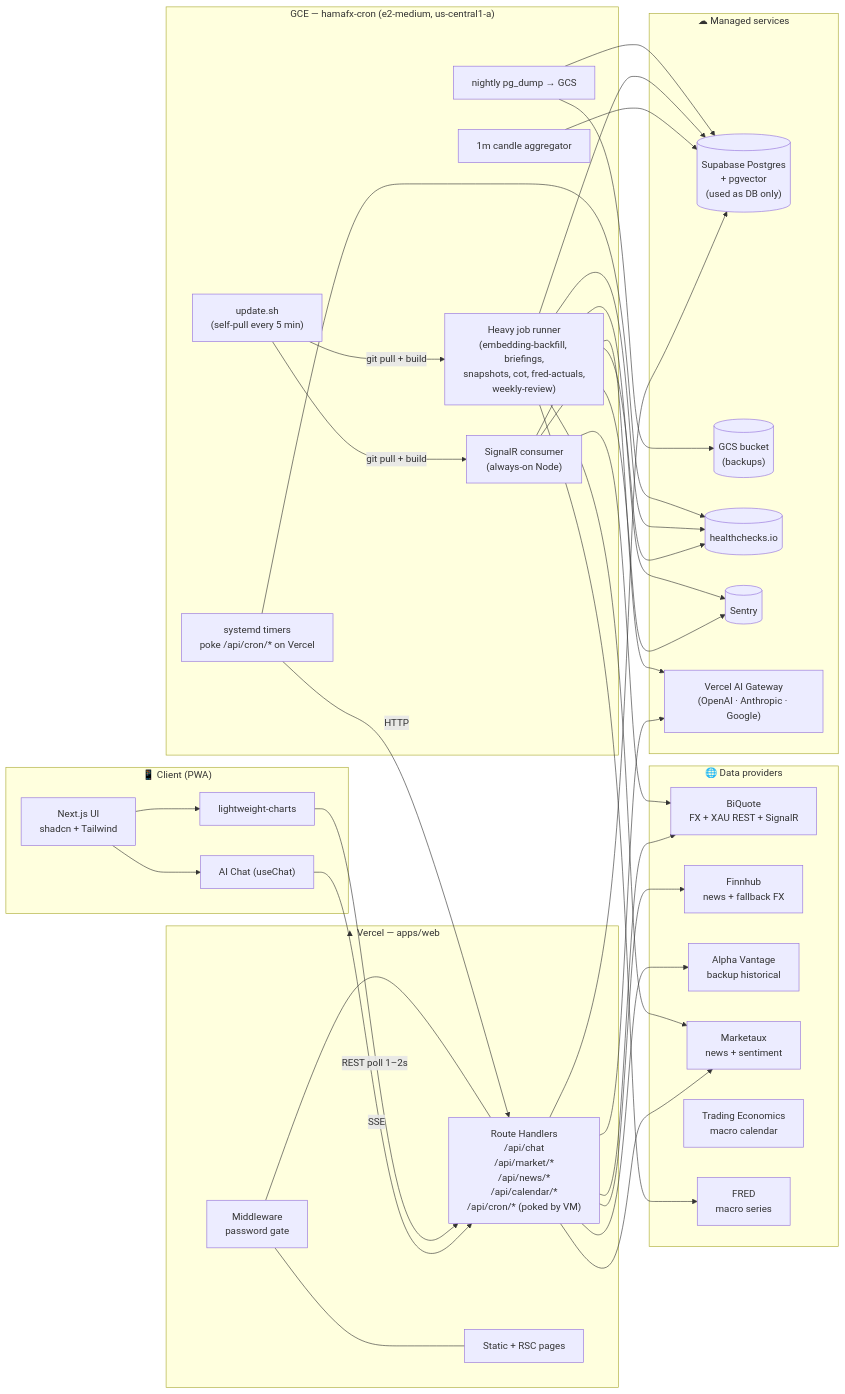
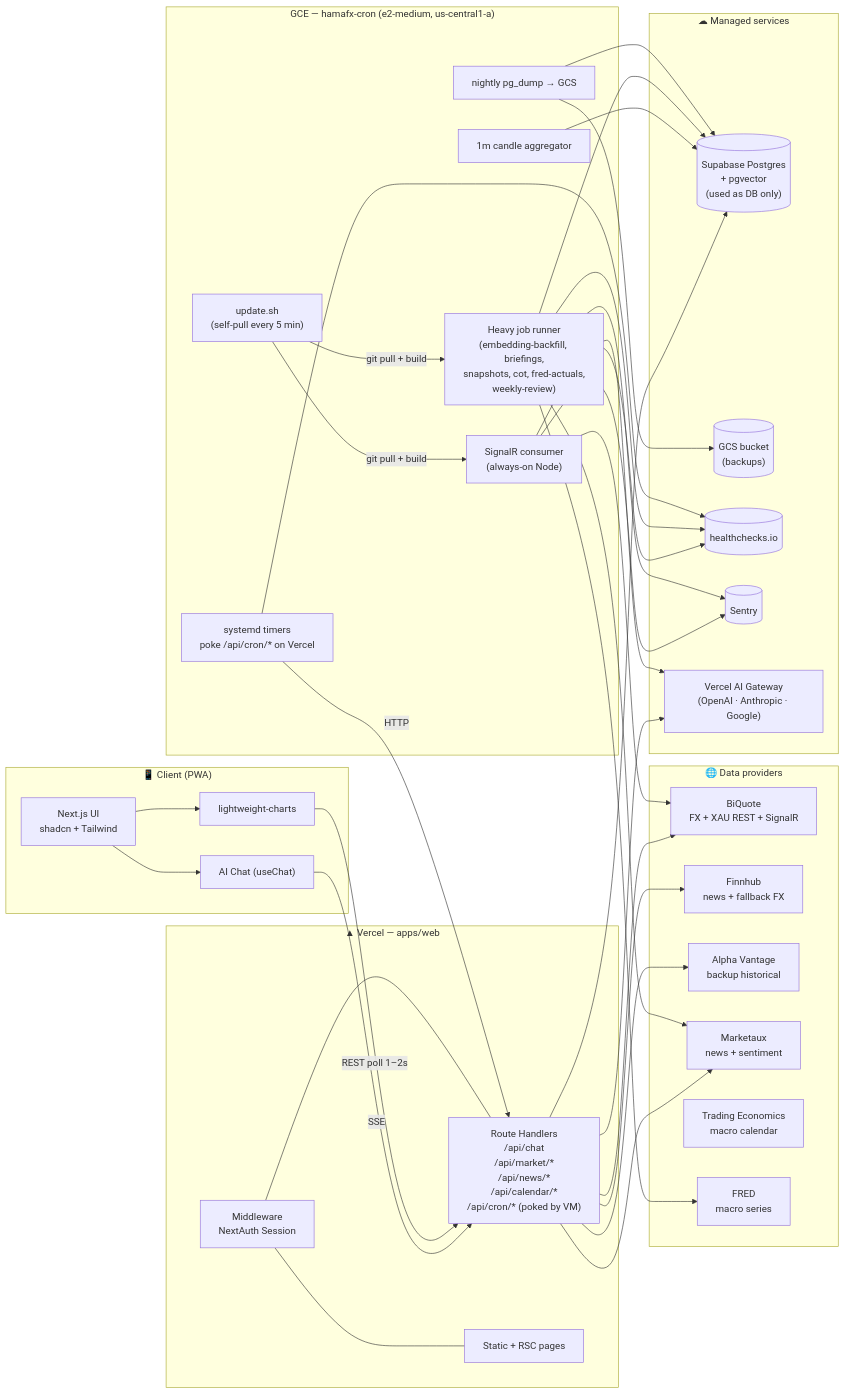
Before and after one commit to HamaFx/Kestrel: the first of 5 diagrams in docs/01-architecture.md, drawn with Mermaid. The commit also changed other lines of this file and 632 other files, not shown here.

````diff
--- a/docs/01-architecture.md
+++ b/docs/01-architecture.md
@@ -22,72 +22,72 @@
 ```mermaid
 flowchart LR
     subgraph Client["📱 Client (PWA)"]
         UI["Next.js UI<br/>shadcn + Tailwind"]
         Chart["lightweight-charts"]
         Chat["AI Chat (useChat)"]
     end
 
     subgraph Vercel["▲ Vercel — apps/web"]
         RH["Route Handlers<br/>/api/chat<br/>/api/market/*<br/>/api/news/*<br/>/api/calendar/*<br/>/api/cron/* (poked by VM)"]
-        MW["Middleware<br/>password gate"]
+        MW["Middleware<br/>NextAuth Session"]
         ISR["Static + RSC pages"]
     end
 
     subgraph VM["GCE — hamafx-cron (e2-medium, us-central1-a)"]
         SR["SignalR consumer<br/>(always-on Node)"]
         Agg["1m candle aggregator"]
         Heavy["Heavy job runner<br/>(embedding-backfill, briefings,<br/>snapshots, cot, fred-actuals,<br/>weekly-review)"]
         Light["systemd timers<br/>poke /api/cron/* on Vercel"]
         Updater["update.sh<br/>(self-pull every 5 min)"]
         Backup["nightly pg_dump → GCS"]
     end
 
     subgraph Managed["☁ Managed services"]
         SB[("Supabase Postgres<br/>+ pgvector<br/>(used as DB only)")]
         GCS[("GCS bucket<br/>(backups)")]
         HC[("healthchecks.io")]
         Sentry[("Sentry")]
         GW["Vercel AI Gateway<br/>(OpenAI · Anthropic · Google)"]
     end
 
     subgraph Providers["🌐 Data providers"]
         BQ["BiQuote<br/>FX + XAU REST + SignalR"]
         FH["Finnhub<br/>news + fallback FX"]
         AV["Alpha Vantage<br/>backup historical"]
         MX["Marketaux<br/>news + sentiment"]
         TE["Trading Economics<br/>macro calendar"]
         FRED["FRED<br/>macro series"]
     end
 
     UI --> Chat
     UI --> Chart
     Chat -->|SSE| RH
     Chart -->|REST poll 1–2s| RH
 
     MW --- RH
     MW --- ISR
 
     RH --> GW
     RH --> SB
     RH --> BQ
     RH --> FH
     RH --> AV
     RH --> MX
 
     SR --> BQ
     Agg --> SB
     Heavy --> SB
     Heavy --> GW
     Heavy --> FRED
     Heavy --> MX
     Light -->|HTTP| RH
     Updater -->|git pull + build| Heavy
     Updater -->|git pull + build| SR
     Backup --> SB
     Backup --> GCS
     SR --> HC
     Heavy --> HC
     Light --> HC
     SR --> Sentry
     Heavy --> Sentry
 ```
````
